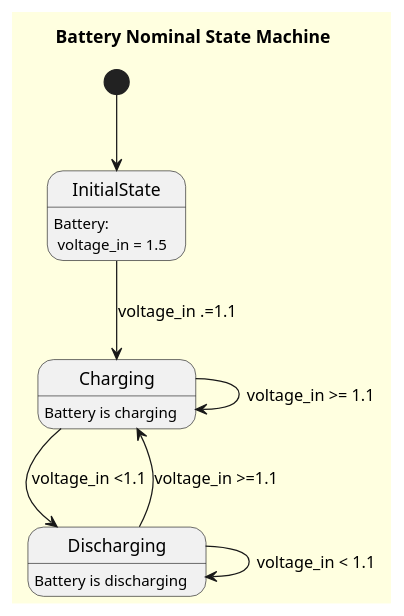
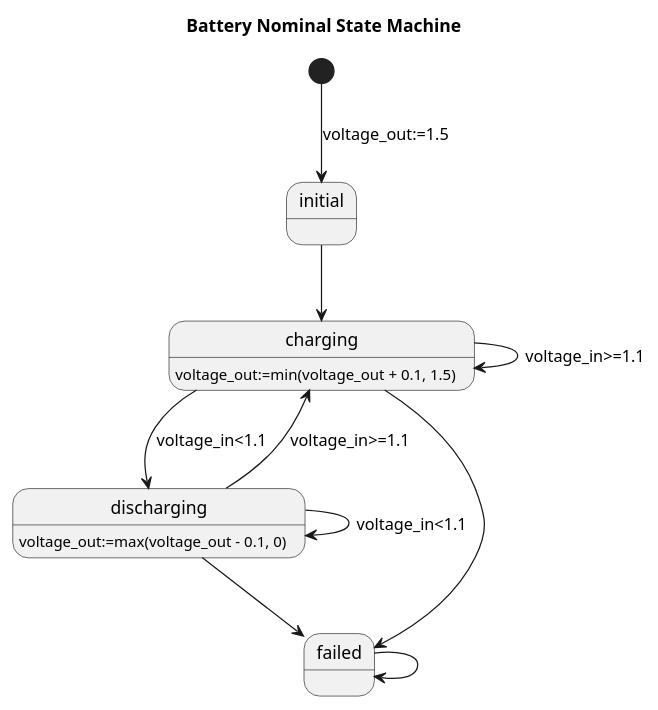
The diagram in battery-sensor-v2/state-machines/nominal-battery.puml (kallah94/SMV), drawn with PlantUML before and after one commit. The commit also changed 24 other files, not shown here.

```diff
--- a/battery-sensor-v2/state-machines/nominal-battery.puml
+++ b/battery-sensor-v2/state-machines/nominal-battery.puml
@@ -1,14 +1,17 @@
 @startuml Battery State Machine
-    skinparam BackgroundColor LightYellow
     title Battery Nominal State Machine
-    [*] --> InitialState
-    InitialState --> Charging: voltage_in .=1.1
-    Charging --> Charging: voltage_in >= 1.1
-    Charging --> Discharging: voltage_in <1.1
-    Discharging --> Charging: voltage_in >=1.1
-    Discharging --> Discharging: voltage_in < 1.1
+    [*] --> initial: voltage_out:=1.5
+    initial --> charging
+    charging --> charging: voltage_in>=1.1
+    charging --> discharging: voltage_in<1.1
+    discharging --> charging: voltage_in>=1.1
+    discharging --> discharging: voltage_in<1.1
     
-    state Charging: Battery is charging
-    state Discharging: Battery is discharging
-    state InitialState: Battery:\n voltage_in = 1.5
+    charging --> failed
+    discharging --> failed
+    failed --> failed 
+    state charging: voltage_out:=min(voltage_out + 0.1, 1.5)
+    state discharging: voltage_out:=max(voltage_out - 0.1, 0)
+    state initial 
+    
 @enduml
```
